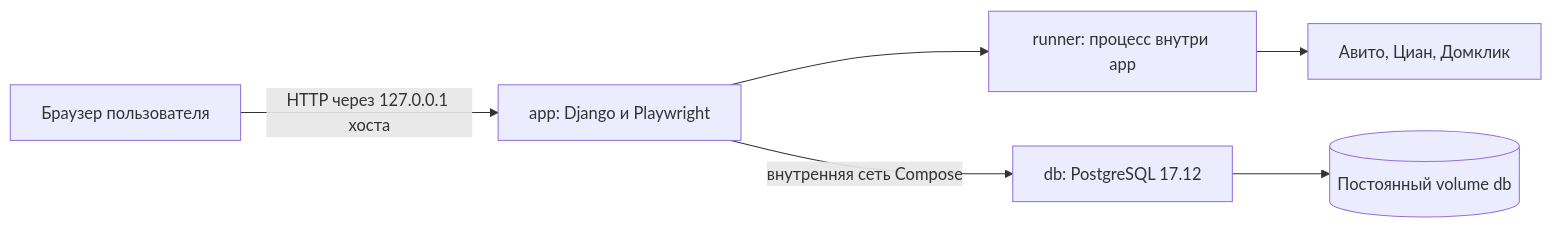
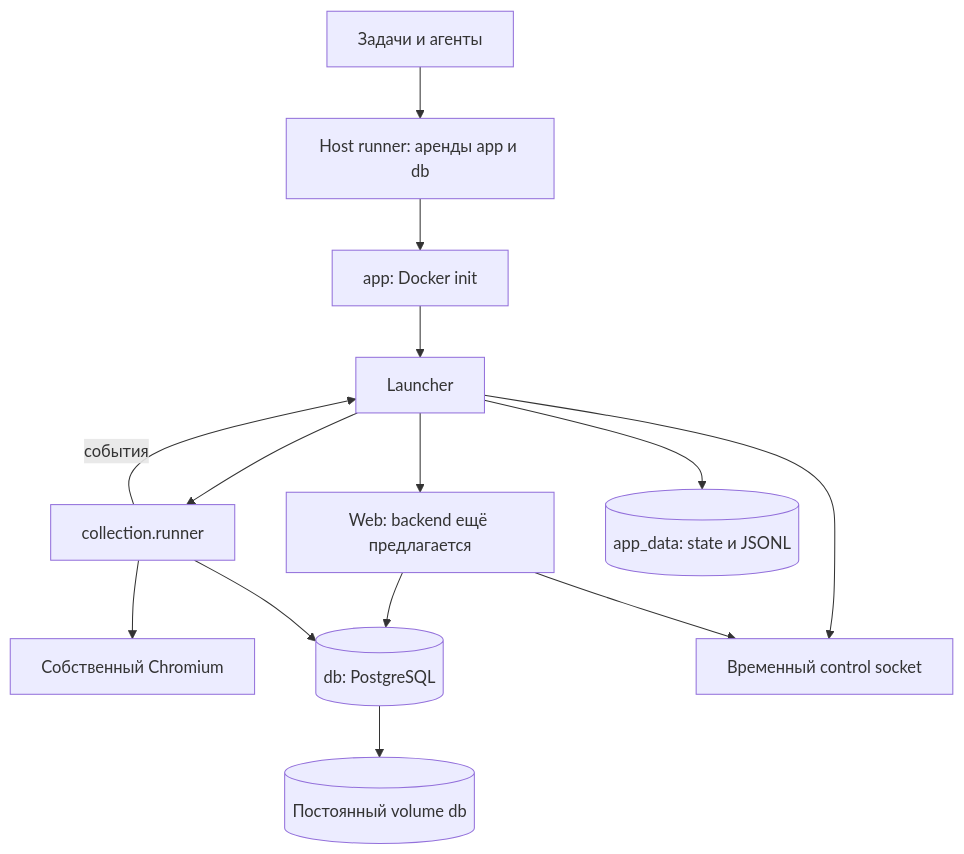
The fifth of 5 diagrams in bachelor-thesis/CONSOLIDATED-DESIGN-9.md (ozcnii/nir), drawn with Mermaid before and after one commit. The commit also changed other lines of this file and 9 other files, not shown here.

````diff
--- a/bachelor-thesis/CONSOLIDATED-DESIGN-9.md
+++ b/bachelor-thesis/CONSOLIDATED-DESIGN-9.md
@@ -195,8 +195,16 @@
 ```mermaid
-flowchart LR
-    Browser[Браузер пользователя] -->|HTTP через 127.0.0.1 хоста| App[app: Django и Playwright]
-    App --> Runner[runner: процесс внутри app]
-    Runner --> Sites[Авито, Циан, Домклик]
-    App -->|внутренняя сеть Compose| DB[db: PostgreSQL 17.12]
-    DB --> Volume[(Постоянный volume db)]
+flowchart TB
+    Task[Задачи и агенты] --> Host[Host runner: аренды app и db]
+    Host --> Init[app: Docker init]
+    Init --> Launcher[Launcher]
+    Launcher --> Web[Web: backend ещё предлагается]
+    Launcher --> Run[collection.runner]
+    Run --> Browser[Собственный Chromium]
+    Run -->|события| Launcher
+    Web --> DB[(db: PostgreSQL)]
+    Run --> DB
+    Launcher --> Data[(app_data: state и JSONL)]
+    Launcher --> Socket[Временный control socket]
+    Web --> Socket
+    DB --> DBData[(Постоянный volume db)]
 ```
````
